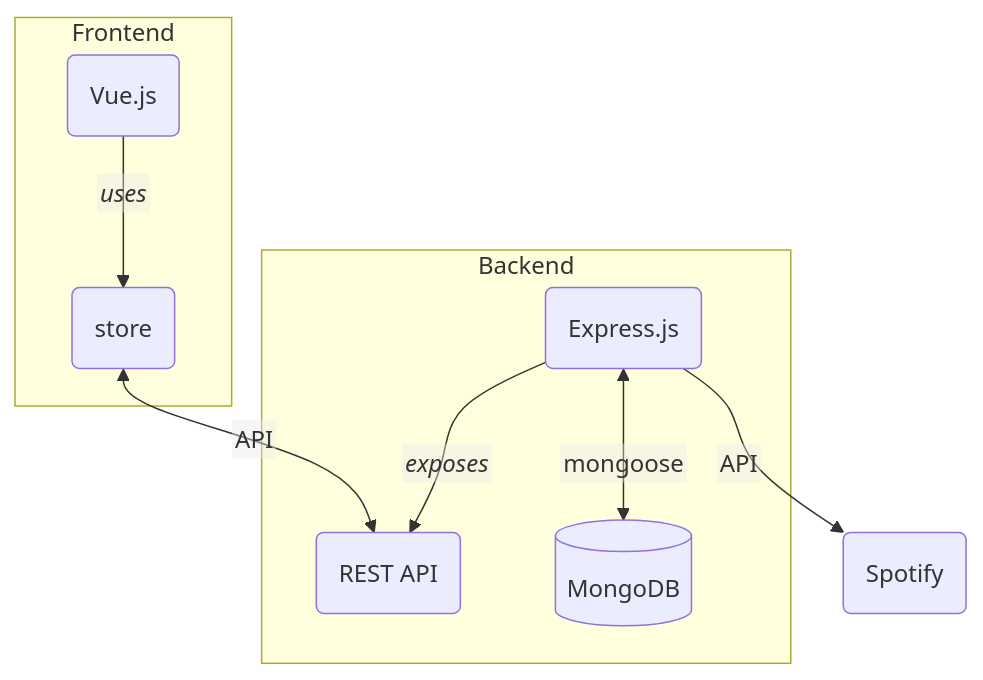
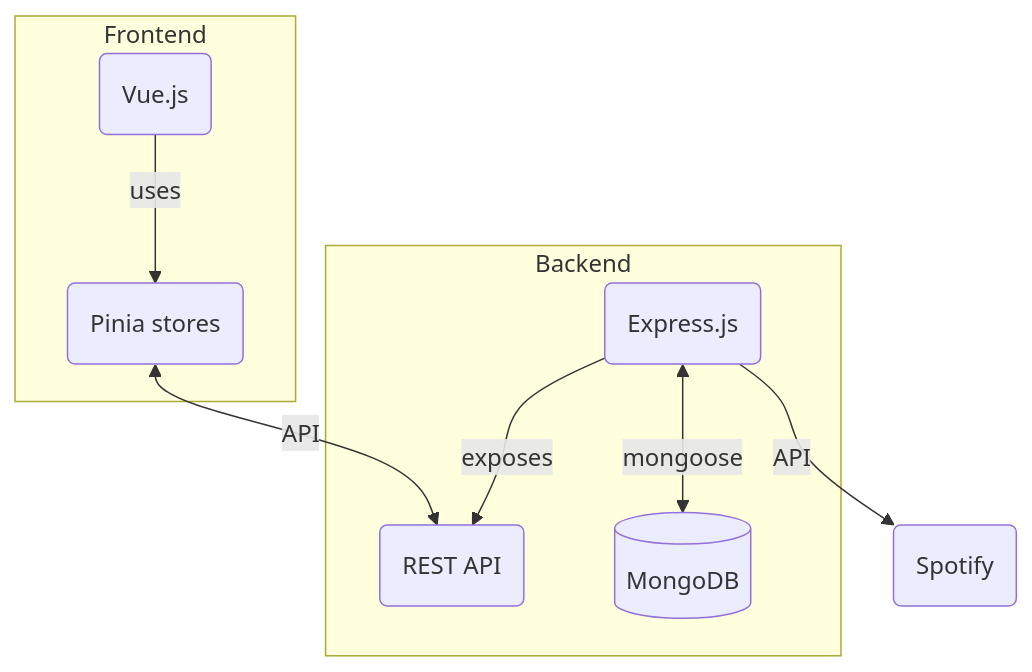
The diagram in RELAZIONE.md (Hidan0/social-network-for-music), drawn with Mermaid before and after one commit.

Commit message:
[FIX] diagramma

````diff
--- a/RELAZIONE.md
+++ b/RELAZIONE.md
@@ -81,13 +81,12 @@
 ```mermaid
-%%{init: {"flowchart": {"htmlLabels": false}} }%%
 flowchart TD
 subgraph gbe [Backend]
-	ejs(Express.js) -- "`*exposes*`" --> api(REST API)
+	ejs(Express.js) -- exposes --> api(REST API)
 	ejs <--mongoose--> db[(MongoDB)]
 end
 ejs -- API --> sp(Spotify)
 subgraph gfe [Frontend]
-	vue(Vue.js) -- "`*uses*`" --> p(store)
+	vue(Vue.js) -- uses --> p(Pinia stores)
 	p <-- API --> api
 end
 ```
````
